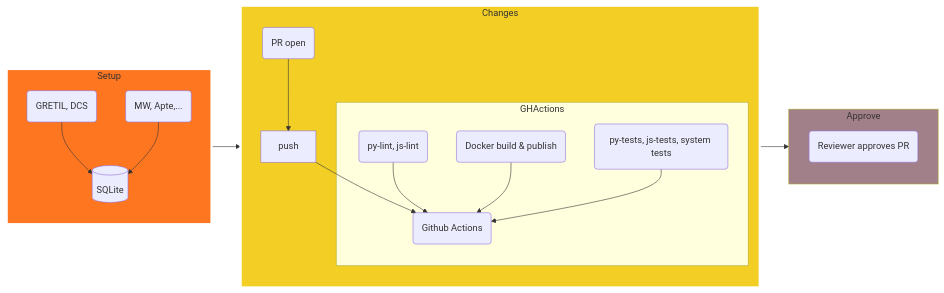
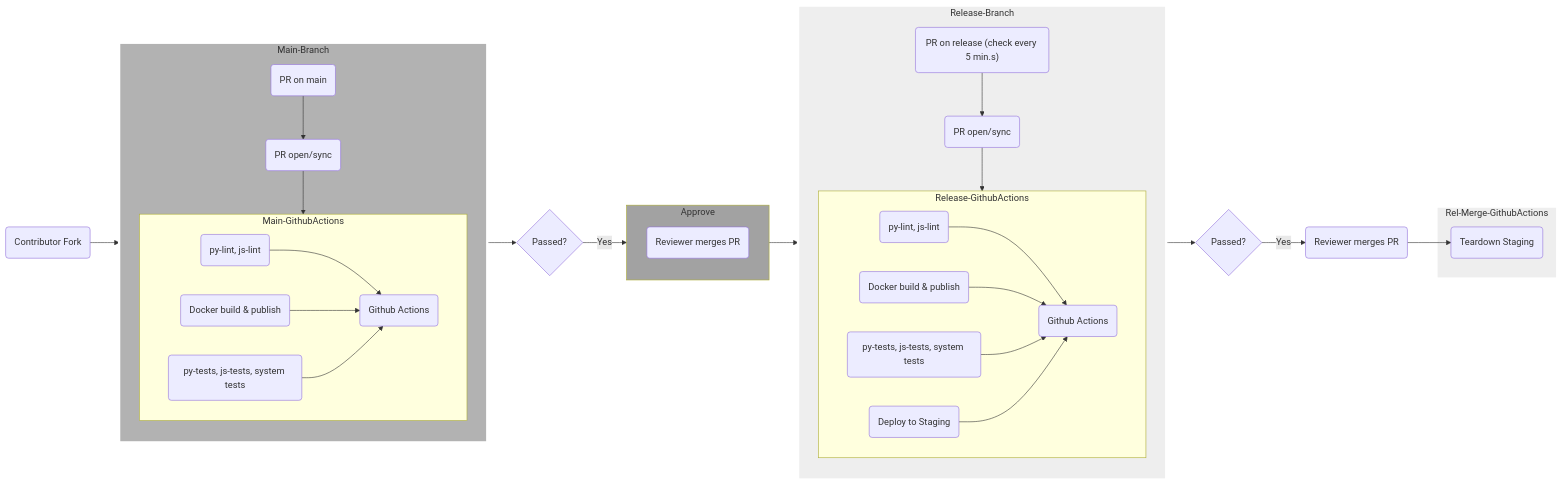
Before and after one commit to ambuda-org/ambuda: the second of 2 diagrams in deploy/README.md, drawn with Mermaid.

Commit message:
PR process diagram in mermaid

````diff
--- a/deploy/README.md
+++ b/deploy/README.md
@@ -31,33 +31,56 @@
 ```mermaid
 flowchart LR
-    subgraph Setup
-        db[("SQLite")]
-        texts(GRETIL, DCS)-->db
-        dictionaries(MW, Apte,...)-->db
-    end
-    style Setup fill:#ff7621,stroke:#fff,stroke-width:4px
-    
+    contributor(Contributor Fork)    
     ghact(Github Actions)
     pre(py-lint, js-lint)
     build(Docker build & publish)
     post(py-tests, js-tests, system tests)
-    
-    subgraph Changes
-        code(PR open)
-        code-->push
-        push-->ghact
+    subgraph Main-Branch
+        code(PR on main)
+        code-->open(PR open/sync)
+        open-->Main-GithubActions
         
-        subgraph GHActions
+        subgraph Main-GithubActions
             pre-->ghact
             build-->ghact
             post-->ghact
         end
     end
+
     subgraph Approve
-        approve(Reviewer approves PR)
+        approve(Reviewer merges PR)
     end
-    Setup-->Changes
-    Changes-->Approve    
-    style Changes fill:#f3cf26, stroke:#fff, stroke-width:4px
-    style Approve fill:#a28089
+
+    rel-ghact(Github Actions)
+    rel-pre(py-lint, js-lint)
+    rel-build(Docker build & publish)
+    rel-post(py-tests, js-tests, system tests)
+    rel-staging(Deploy to Staging)
+    subgraph Release-Branch
+        rel-pr("PR on release (check every 5 min.s)")
+        rel-pr-->rel-pr-open(PR open/sync)
+        rel-pr-open-->Release-GithubActions
+        subgraph Release-GithubActions
+            rel-pre-->rel-ghact
+            rel-build-->rel-ghact
+            rel-post-->rel-ghact
+            rel-staging-->rel-ghact
+        end
+    end
+    
+    subgraph Rel-Merge-GithubActions
+        rel-staging-down(Teardown staging)
+    end
+    
+    style Main-Branch fill:#b2b2b2, stroke:#fff, stroke-width:4px
+    style Approve fill:#a2a2a2
+    style Release-Branch fill:#eeeeee, stroke:#fff, stroke-width:4px
+    style Rel-Merge-GithubActions fill:#eeeeee, stroke:#fff, stroke-width:4px
+    contributor-->Main-Branch    
+    Main-Branch-->check{Passed?}
+    check-->|Yes|Approve    
+    Approve-->Release-Branch
+    Release-Branch-->rel-check{Passed?}
+    rel-check-->|Yes|rel-merge(Reviewer merges PR)
+    rel-merge-->rel-staging-down(Teardown Staging)
 ```
````
